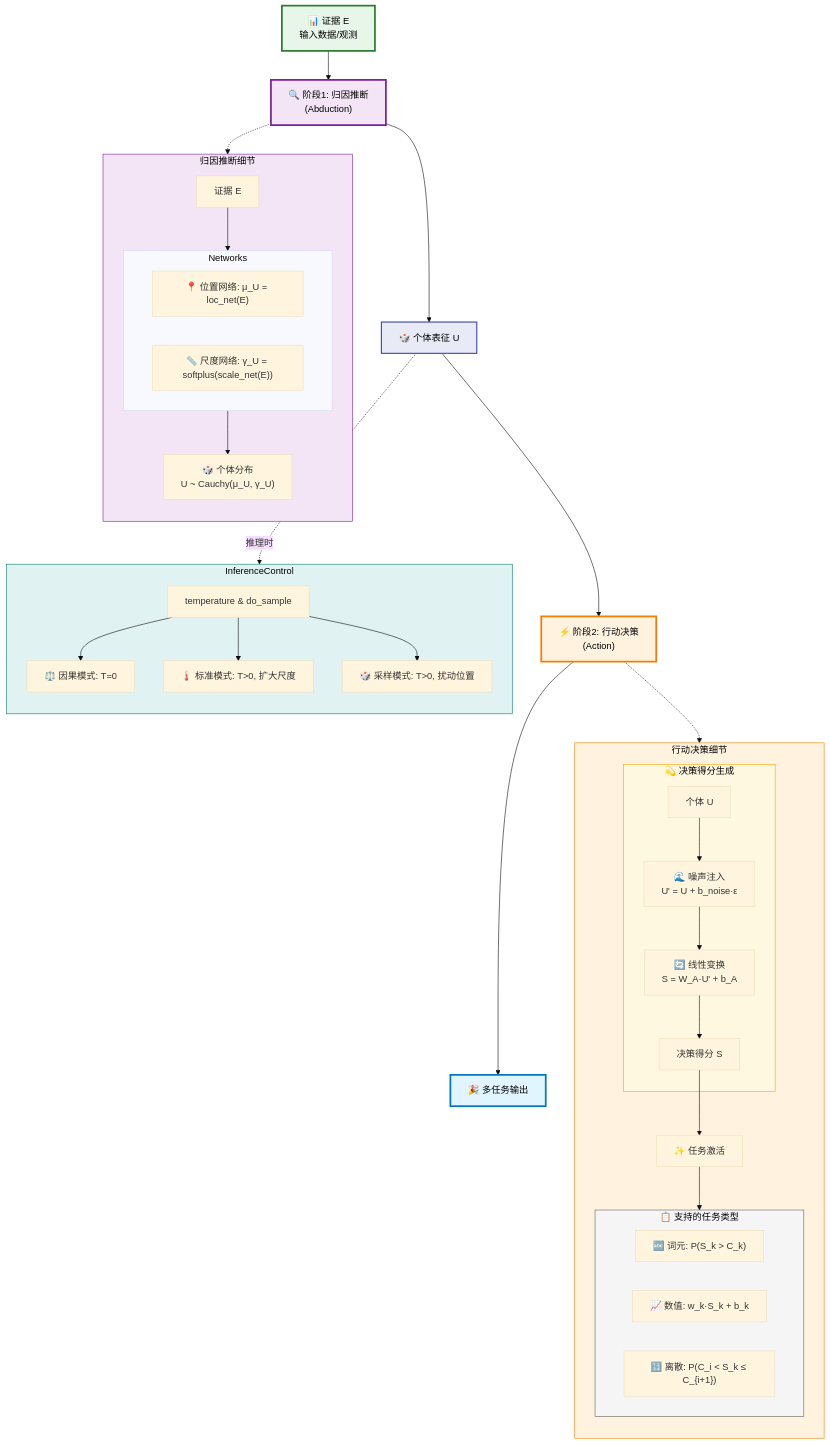
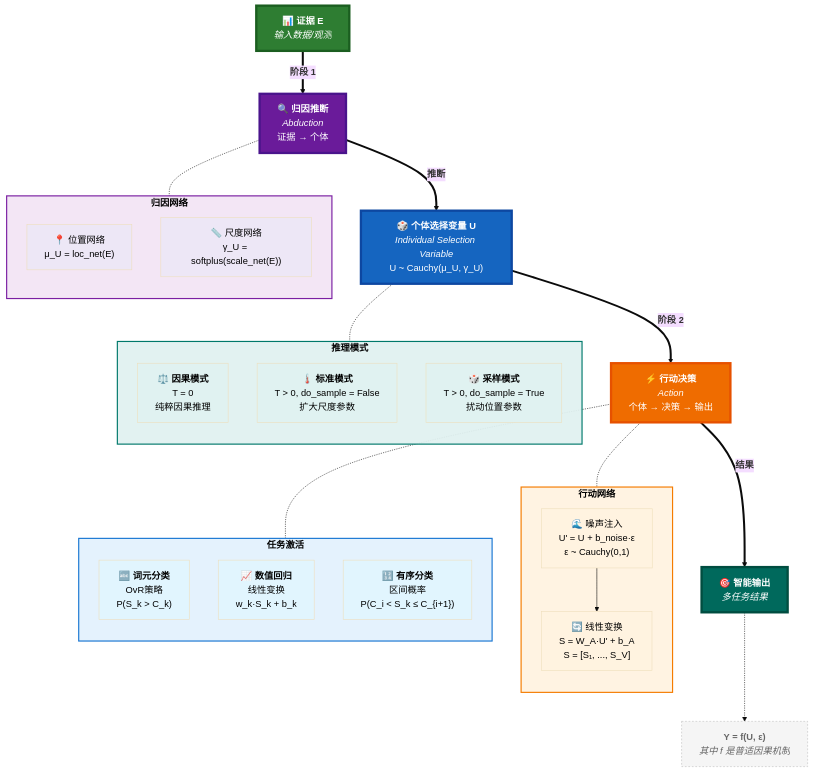
One commit to 1587causalai/CausalQwen changed the ninth of 9 diagrams in causal_engine/MATHEMATICAL_FOUNDATIONS_CN.md. Above: the diagram before and after it, drawn with Mermaid (base theme). The commit also changed other lines of this file, not shown here.

````diff
--- a/causal_engine/MATHEMATICAL_FOUNDATIONS_CN.md
+++ b/causal_engine/MATHEMATICAL_FOUNDATIONS_CN.md
@@ -579,76 +585,87 @@
 ```mermaid
 graph TB
-    %% CausalEngine 完整架构流程图
+    %% CausalEngine 完整架构 - 优化布局版
     
-    %% 输入
-    Evidence["📊 证据 E<br/>输入数据/观测"]
+    %% === 主线流程（中央垂直） ===
+    Evidence["📊 <b>证据 E</b><br/><i>输入数据/观测</i>"]
+    Stage1["🔍 <b>归因推断</b><br/><i>Abduction</i><br/>证据 → 个体"]
+    U["🎲 <b>个体选择变量 U</b><br/><i>Individual Selection Variable</i><br/>U ~ Cauchy(μ_U, γ_U)"]
+    Stage2["⚡ <b>行动决策</b><br/><i>Action</i><br/>个体 → 决策 → 输出"]
+    Output["🎯 <b>智能输出</b><br/><i>多任务结果</i>"]
     
-    %% 阶段1：归因推断
-    Evidence --> Stage1["🔍 阶段1: 归因推断<br/>(Abduction)"]
+    Evidence ==>|"<b>阶段 1</b>"| Stage1
+    Stage1 ==>|"<b>推断</b>"| U
+    U ==>|"<b>阶段 2</b>"| Stage2
+    Stage2 ==>|"<b>结果</b>"| Output
     
-    subgraph AbductionDetail ["归因推断细节"]
+    %% === 归因网络（左侧） ===
+    Stage1 -.- AbdNet
+    subgraph AbdNet ["&nbsp;&nbsp;<b>归因网络</b>&nbsp;&nbsp;"]
         direction TB
-        E1["证据 E"] --> Networks["🧠 双网络架构"]
-        
-        subgraph Networks
-            LocNet["📍 位置网络: μ_U = loc_net(E)"]
-            ScaleNet["📏 尺度网络: γ_U = softplus(scale_net(E))"]
-        end
-        
-        Networks --> U1["🎲 个体分布<br/>U ~ Cauchy(μ_U, γ_U)"]
+        Abd1["📍 位置网络<br/>μ_U = loc_net(E)"]
+        Abd2["📏 尺度网络<br/>γ_U = softplus(scale_net(E))"]
     end
     
-    Stage1 -.-> AbductionDetail
-    Stage1 --> U["🎲 个体表征 U"]
-    
-    %% 阶段2：行动决策
-    U --> Stage2["⚡ 阶段2: 行动决策<br/>(Action)"]
-    
-    subgraph ActionDetail ["行动决策细节"]
+    %% === 推理模式（中间左） ===
+    U -.- Modes
+    subgraph Modes ["&nbsp;&nbsp;<b>推理模式</b>&nbsp;&nbsp;"]
         direction TB
-        
-        subgraph ScoreGen ["💫 决策得分生成"]
-            U2["个体 U"] --> Noise["🌊 噪声注入<br/>U' = U + b_noise·ε"]
-            Noise --> Linear["🔄 线性变换<br/>S = W_A·U' + b_A"]
-            Linear --> S1["决策得分 S"]
-        end
-        
-        S1 --> Activation["✨ 任务激活"]
-        
-        subgraph TaskTypes ["📋 支持的任务类型"]
-            Token["🔤 词元: P(S_k > C_k)"]
-            Numeric["📈 数值: w_k·S_k + b_k"]
-            Discrete["🔢 离散: P(C_i < S_k ≤ C_{i+1})"]
-        end
-        
-        Activation --> TaskTypes
+        M1["⚖️ <b>因果模式</b><br/>T = 0<br/>纯粹因果推理"]
+        M2["🌡️ <b>标准模式</b><br/>T > 0, do_sample = False<br/>扩大尺度参数"]
+        M3["🎲 <b>采样模式</b><br/>T > 0, do_sample = True<br/>扰动位置参数"]
     end
     
-    Stage2 -.-> ActionDetail
-    Stage2 --> Output["🎉 多任务输出"]
-    
-    %% 推理调制
-    U -.->|推理时| InferenceControl["🔧 推理控制"]
-    
-    subgraph InferenceControl
+    %% === 行动网络（右侧） ===
+    Stage2 -.- ActNet
+    subgraph ActNet ["&nbsp;&nbsp;<b>行动网络</b>&nbsp;&nbsp;"]
         direction TB
-        Params["temperature & do_sample"]
-        Params --> M1["⚖️ 因果模式: T=0"]
-        Params --> M2["🌡️ 标准模式: T>0, 扩大尺度"]
-        Params --> M3["🎲 采样模式: T>0, 扰动位置"]
+        Act1["🌊 噪声注入<br/>U' = U + b_noise·ε<br/>ε ~ Cauchy(0,1)"]
+        Act2["🔄 线性变换<br/>S = W_A·U' + b_A<br/>S = [S₁, ..., S_V]"]
+        Act1 --> Act2
     end
     
-    %% 样式
-    style Evidence fill:#e8f5e9,stroke:#2e7d32,stroke-width:3px,color:#000
-    style Stage1 fill:#f3e5f5,stroke:#7b1fa2,stroke-width:3px,color:#000
-    style Stage2 fill:#fff3e0,stroke:#f57c00,stroke-width:3px,color:#000
-    style Output fill:#e1f5fe,stroke:#0277bd,stroke-width:3px,color:#000
-    style U fill:#e8eaf6,stroke:#3f51b5,stroke-width:2px,color:#000
+    %% === 任务激活（最右侧） ===
+    Stage2 -.- Tasks
+    subgraph Tasks ["&nbsp;&nbsp;<b>任务激活</b>&nbsp;&nbsp;"]
+        direction TB
+        Task1["🔤 <b>词元分类</b><br/>OvR策略<br/>P(S_k > C_k)"]
+        Task2["📈 <b>数值回归</b><br/>线性变换<br/>w_k·S_k + b_k"]
+        Task3["🔢 <b>有序分类</b><br/>区间概率<br/>P(C_i < S_k ≤ C_{i+1})"]
+    end
     
-    style AbductionDetail fill:#f3e5f5,stroke:#7b1fa2,stroke-width:1px,color:#000
-    style ActionDetail fill:#fff3e0,stroke:#f57c00,stroke-width:1px,color:#000
-    style InferenceControl fill:#e0f2f1,stroke:#00796b,stroke-width:1px,color:#000
+    %% === 核心公式（底部） ===
+    Output -.-> Formula["<b>Y = f(U, ε)</b><br/><i>其中 f 是普适因果机制</i>"]
     
-    style ScoreGen fill:#fff8e1,stroke:#ffa000,stroke-width:1px,color:#000
-    style TaskTypes fill:#f5f5f5,stroke:#616161,stroke-width:1px,color:#000
+    %% === 样式设计 ===
+    %% 主线节点 - 渐变色彩
+    style Evidence fill:#2e7d32,stroke:#1b5e20,stroke-width:4px,color:#fff
+    style Stage1 fill:#6a1b9a,stroke:#4a148c,stroke-width:4px,color:#fff  
+    style U fill:#1565c0,stroke:#0d47a1,stroke-width:4px,color:#fff
+    style Stage2 fill:#ef6c00,stroke:#e65100,stroke-width:4px,color:#fff
+    style Output fill:#00695c,stroke:#004d40,stroke-width:4px,color:#fff
+    
+    %% 细节模块 - 半透明背景
+    style AbdNet fill:#f3e5f5ee,stroke:#7b1fa2,stroke-width:2px,color:#000
+    style Modes fill:#e0f2f1ee,stroke:#00796b,stroke-width:2px,color:#000
+    style ActNet fill:#fff3e0ee,stroke:#f57c00,stroke-width:2px,color:#000
+    style Tasks fill:#e3f2fdee,stroke:#1976d2,stroke-width:2px,color:#000
+    
+    %% 内部节点 - 浅色填充
+    style Abd1 fill:#ede7f6,color:#000
+    style Abd2 fill:#ede7f6,color:#000
+    style M1 fill:#e0f2f1,color:#000
+    style M2 fill:#e0f2f1,color:#000
+    style M3 fill:#e0f2f1,color:#000
+    style Act1 fill:#fff3e0,color:#000
+    style Act2 fill:#fff3e0,color:#000
+    style Task1 fill:#e1f5fe,color:#000
+    style Task2 fill:#e1f5fe,color:#000
+    style Task3 fill:#e1f5fe,color:#000
+    
+    %% 公式样式
+    style Formula fill:#f5f5f5,stroke:#bdbdbd,stroke-width:1px,color:#666,stroke-dasharray: 3 3
+    
+    %% 定位微调
+    classDef leftAlign text-align:left
+    classDef rightAlign text-align:right
 ```
````
